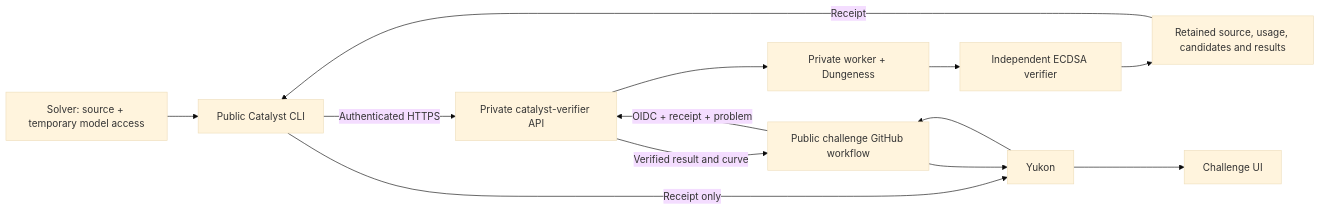
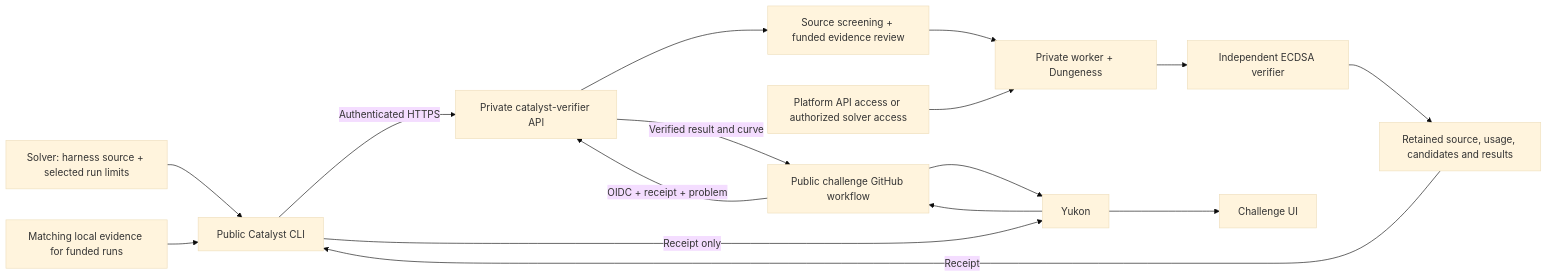
One commit to Layr-Labs/openrsi-space changed the diagram in docs/architecture.md. Above: the diagram before and after it, drawn with Mermaid (base theme). The commit also changed other lines of this file and 12 other files, not shown here.

Commit message:
docs: align solver instructions with funded evaluation and local evidence

````diff
--- a/docs/architecture.md
+++ b/docs/architecture.md
@@ -32,15 +40,18 @@
 ```mermaid
 flowchart LR
-    Solver[Solver: source + temporary model access] --> Client[Public Catalyst CLI]
+    Solver[Solver: harness source + selected run limits] --> Client[Public Catalyst CLI]
+    Local[Matching local evidence for funded runs] --> Client
     Client -->|Authenticated HTTPS| API[Private catalyst-verifier API]
-    API --> Worker[Private worker + Dungeness]
+    API --> Review[Source screening + funded evidence review]
+    Review --> Worker[Private worker + Dungeness]
+    Access[Platform API access or authorized solver access] --> Worker
     Worker --> Verify[Independent ECDSA verifier]
     Verify --> Evidence[Retained source, usage, candidates and results]
     Evidence -->|Receipt| Client
     Client -->|Receipt only| Yukon[Yukon]
     Yukon --> Actions[Public challenge GitHub workflow]
     Actions -->|OIDC + receipt + problem| API
     API -->|Verified result and curve| Actions
     Actions --> Yukon
     Yukon --> UI[Challenge UI]
 ```
````
